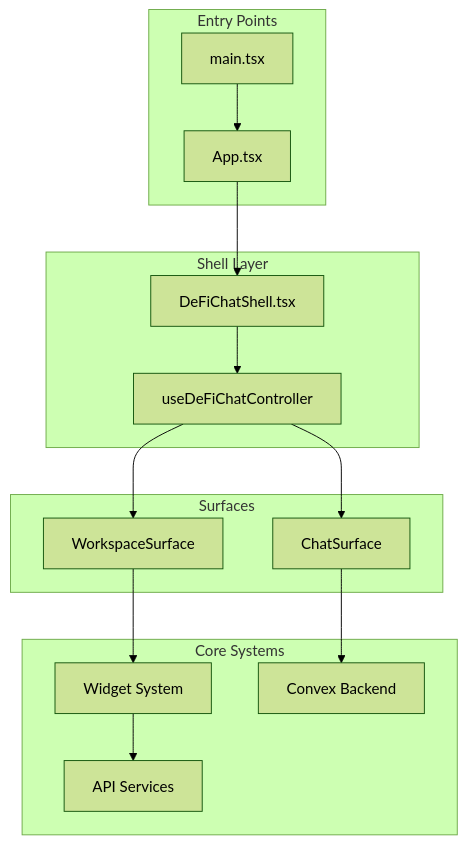
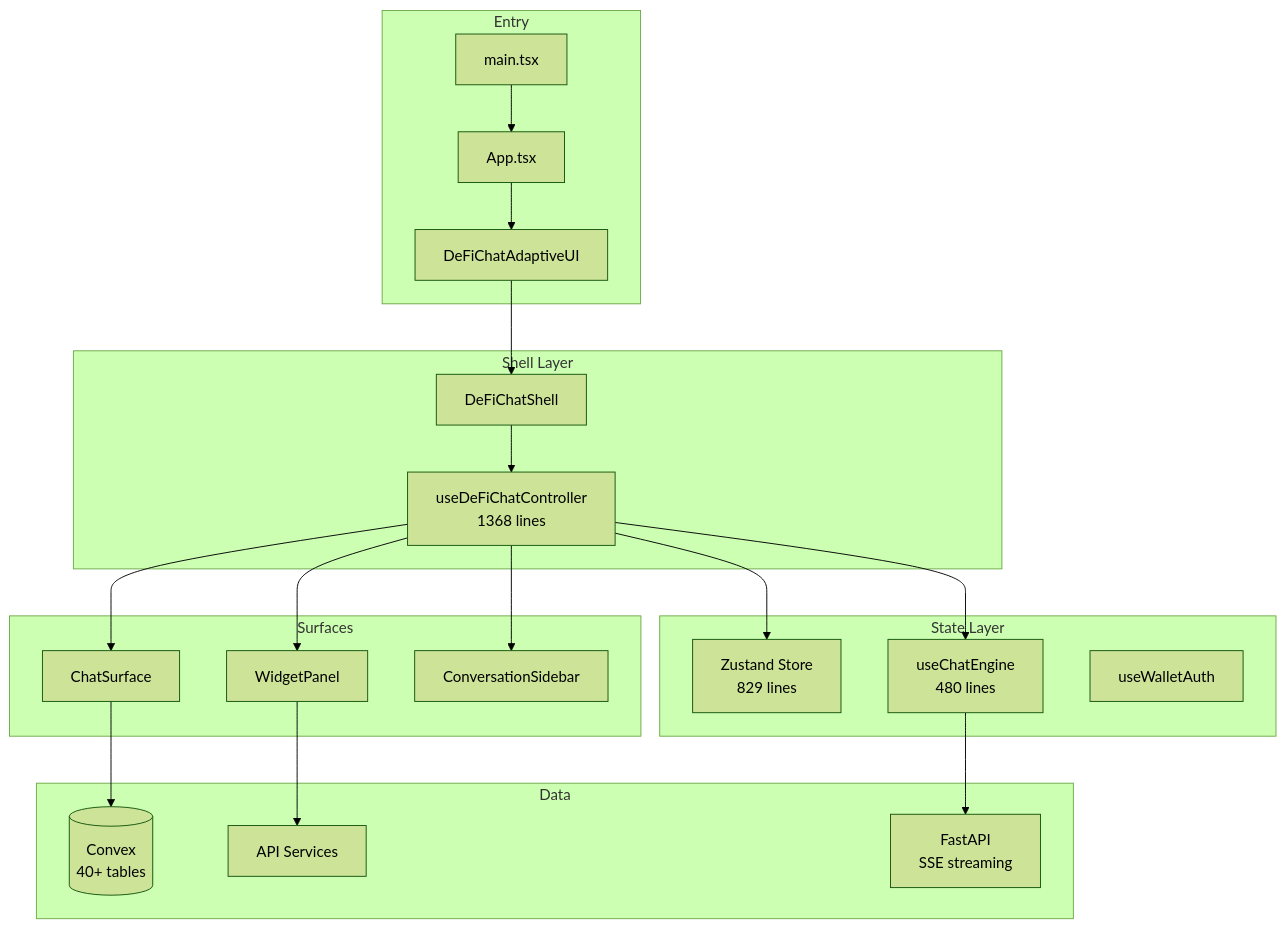
Before and after one commit to bryfeng/sherpa-front: the diagram in docs/CODEBASE_MAP.md, drawn with Mermaid (forest theme). The commit also changed other lines of this file and 7 other files, not shown here.

````diff
--- a/docs/CODEBASE_MAP.md
+++ b/docs/CODEBASE_MAP.md
@@ -31,32 +45,37 @@
 ```mermaid
 graph TB
-    subgraph "Entry Points"
-        App[App.tsx]
-        Main[main.tsx]
+    subgraph Entry
+        Main[main.tsx] --> App[App.tsx]
+        App --> Page[DeFiChatAdaptiveUI]
     end
 
-    subgraph "Shell Layer"
-        DeFiChatShell[DeFiChatShell.tsx]
-        Controller[useDeFiChatController]
+    subgraph Shell["Shell Layer"]
+        Page --> Shell_[DeFiChatShell]
+        Controller[useDeFiChatController<br/>1368 lines]
+        Shell_ --> Controller
     end
 
-    subgraph "Surfaces"
-        Chat[ChatSurface]
-        Workspace[WorkspaceSurface]
+    subgraph Surfaces
+        Controller --> Chat[ChatSurface]
+        Controller --> WP[WidgetPanel]
+        Controller --> Sidebar[ConversationSidebar]
     end
 
-    subgraph "Core Systems"
-        Widgets[Widget System]
-        Convex[Convex Backend]
+    subgraph State["State Layer"]
+        Store[Zustand Store<br/>829 lines]
+        ChatEngine[useChatEngine<br/>480 lines]
+        WalletAuth[useWalletAuth]
+    end
+
+    subgraph Data
+        Convex[(Convex<br/>40+ tables)]
+        Backend[FastAPI<br/>SSE streaming]
         Services[API Services]
     end
 
-    Main --> App
-    App --> DeFiChatShell
-    DeFiChatShell --> Controller
-    Controller --> Chat
-    Controller --> Workspace
+    Controller --> Store
+    Controller --> ChatEngine
+    ChatEngine --> Backend
     Chat --> Convex
-    Workspace --> Widgets
-    Widgets --> Services
+    WP --> Services
 ```
````
